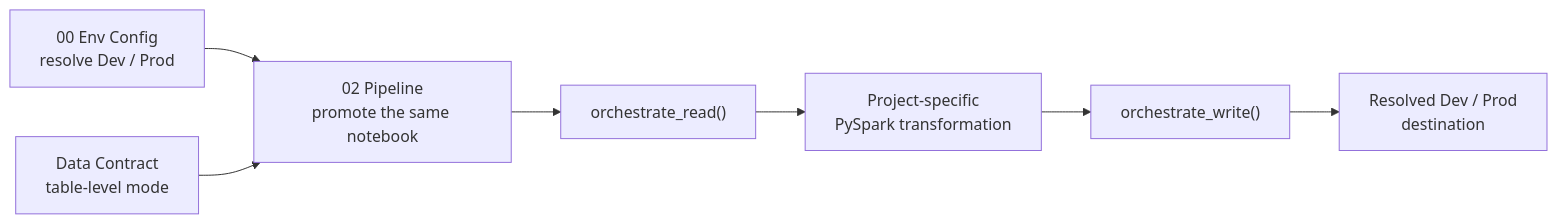
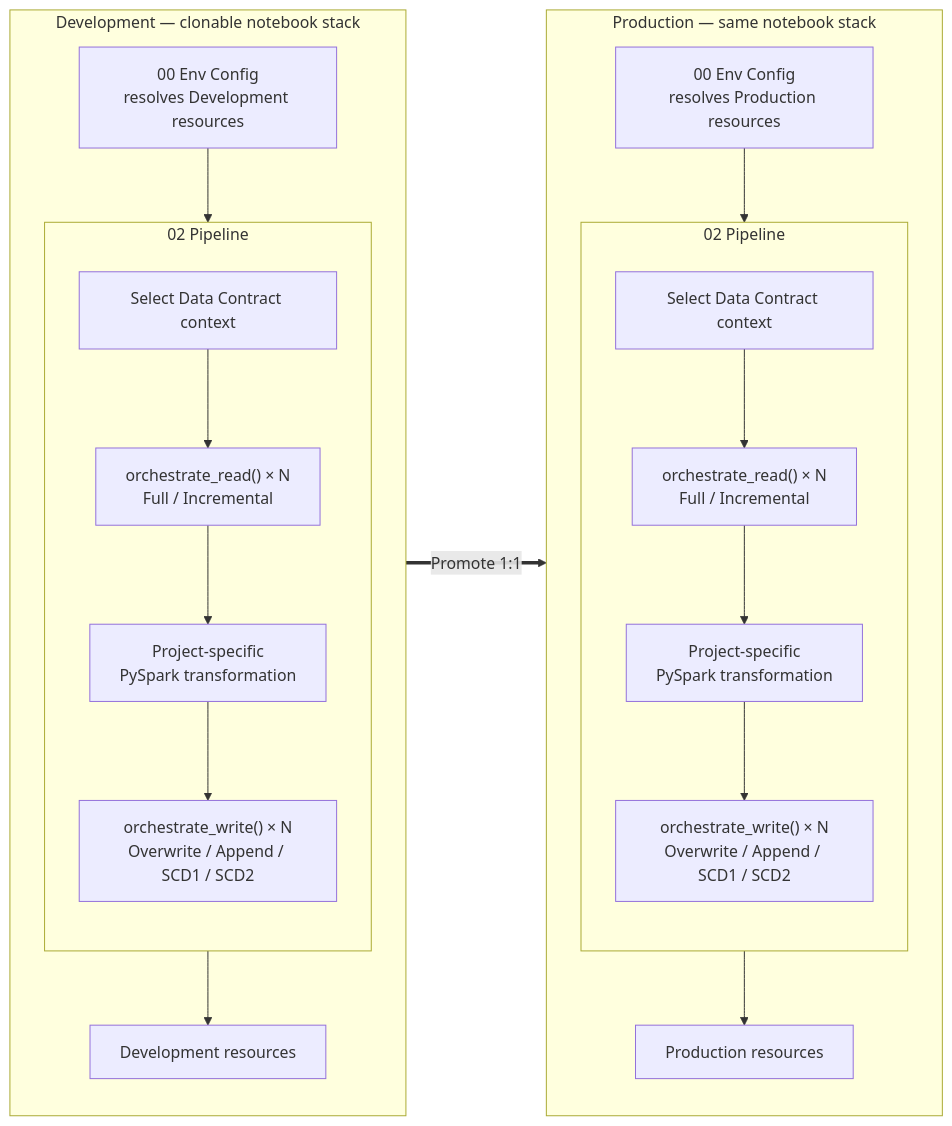
Before and after one commit to Voycepeh/FabricOps-Starter-Kit: the first of 3 diagrams in docs/solutions/plug-and-play-data-pipelines.md, drawn with Mermaid. The commit also changed other lines of this file, not shown here.

Commit message:
docs: fix plug-and-play pipeline big picture

````diff
--- a/docs/solutions/plug-and-play-data-pipelines.md
+++ b/docs/solutions/plug-and-play-data-pipelines.md
@@ -24,9 +24,34 @@
 ```mermaid
 flowchart LR
-    ENV["00 Env Config<br/>resolve Dev / Prod"] --> PIPE["02 Pipeline<br/>promote the same notebook"]
-    CONTRACT["Data Contract<br/>table-level mode"] --> PIPE
-    PIPE --> READ["orchestrate_read()"]
-    READ --> TRANSFORM["Project-specific<br/>PySpark transformation"]
-    TRANSFORM --> WRITE["orchestrate_write()"]
-    WRITE --> TARGET["Resolved Dev / Prod<br/>destination"]
+    subgraph DEV["Development — clonable notebook stack"]
+        direction TB
+        DEV_ENV["00 Env Config<br/>resolves Development resources"]
+        subgraph DEV_PIPE["02 Pipeline"]
+            direction TB
+            DEV_CONTRACT["Select Data Contract context"]
+            DEV_READ["orchestrate_read() × N<br/>Full / Incremental"]
+            DEV_TRANSFORM["Project-specific<br/>PySpark transformation"]
+            DEV_WRITE["orchestrate_write() × N<br/>Overwrite / Append / SCD1 / SCD2"]
+            DEV_CONTRACT --> DEV_READ --> DEV_TRANSFORM --> DEV_WRITE
+        end
+        DEV_ENV --> DEV_PIPE
+        DEV_PIPE --> DEV_RES["Development resources"]
+    end
+
+    subgraph PROD["Production — same notebook stack"]
+        direction TB
+        PROD_ENV["00 Env Config<br/>resolves Production resources"]
+        subgraph PROD_PIPE["02 Pipeline"]
+            direction TB
+            PROD_CONTRACT["Select Data Contract context"]
+            PROD_READ["orchestrate_read() × N<br/>Full / Incremental"]
+            PROD_TRANSFORM["Project-specific<br/>PySpark transformation"]
+            PROD_WRITE["orchestrate_write() × N<br/>Overwrite / Append / SCD1 / SCD2"]
+            PROD_CONTRACT --> PROD_READ --> PROD_TRANSFORM --> PROD_WRITE
+        end
+        PROD_ENV --> PROD_PIPE
+        PROD_PIPE --> PROD_RES["Production resources"]
+    end
+
+    DEV ==>|"Promote 1:1"| PROD
 ```
````
